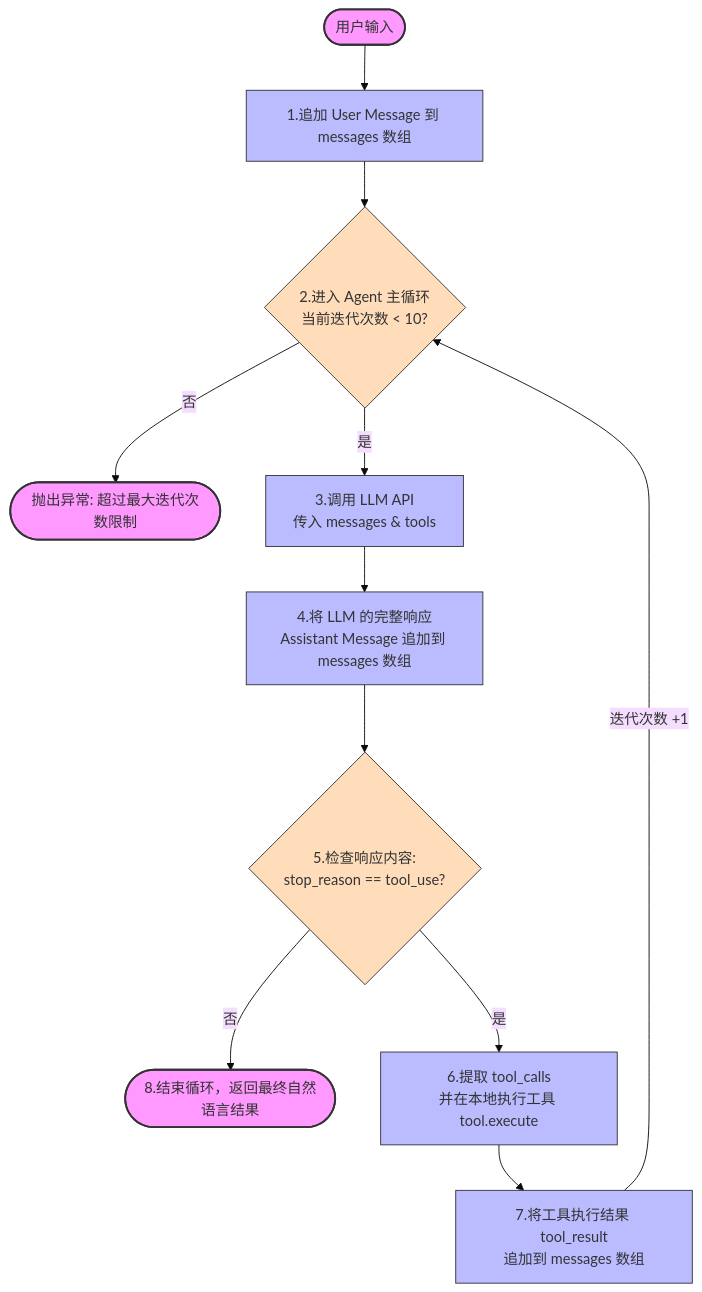
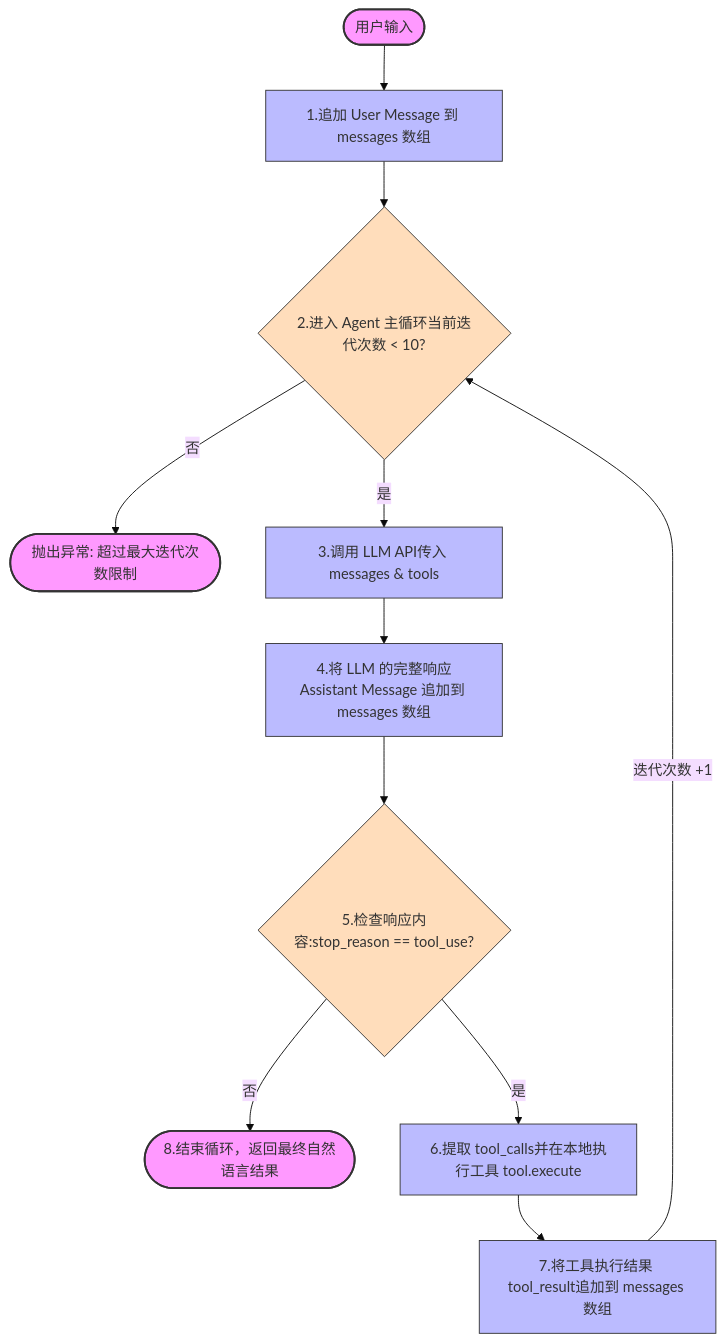
Before and after one commit to wang-junjian/nanoagent: the diagram in README.md, drawn with Mermaid (base theme).

Commit message:
update agent loop diagram mermaid

````diff
--- a/README.md
+++ b/README.md
@@ -61,29 +61,29 @@
 ```mermaid
 graph TD
     Start([用户输入]) --> Init[1.追加 User Message 到 messages 数组]
-    Init --> LoopStart{2.进入 Agent 主循环<br>当前迭代次数 < 10?}
+    Init --> LoopStart{2.进入 Agent 主循环当前迭代次数 < 10?}
     
     LoopStart -- 否 --> MaxHit([抛出异常: 超过最大迭代次数限制])
-    LoopStart -- 是 --> CallLLM[3.调用 LLM API<br>传入 messages & tools]
+    LoopStart -- 是 --> CallLLM[3.调用 LLM API传入 messages & tools]
     
-    CallLLM --> AppendAssistant[4.将 LLM 的完整响应<br>Assistant Message 追加到 messages 数组]
+    CallLLM --> AppendAssistant[4.将 LLM 的完整响应Assistant Message 追加到 messages 数组]
     
-    AppendAssistant --> CheckTools{5.检查响应内容:<br>stop_reason == tool_use?}
+    AppendAssistant --> CheckTools{5.检查响应内容:stop_reason == tool_use?}
     
     CheckTools -- 否 --> End([8.结束循环，返回最终自然语言结果])
     
-    CheckTools -- 是 --> ExecTools[6.提取 tool_calls<br>并在本地执行工具 tool.execute]
+    CheckTools -- 是 --> ExecTools[6.提取 tool_calls并在本地执行工具 tool.execute]
     
-    ExecTools --> AppendToolResult[7.将工具执行结果 tool_result<br>追加到 messages 数组]
+    ExecTools --> AppendToolResult[7.将工具执行结果 tool_result追加到 messages 数组]
     
     AppendToolResult --> |迭代次数 +1| LoopStart
 
     %% 样式定义 (放到最后通常更稳定)
     classDef startEnd fill:#f9f,stroke:#333,stroke-width:2px;
     classDef process fill:#bbf,stroke:#333,stroke-width:1px;
     classDef condition fill:#fdb,stroke:#333,stroke-width:1px;
 
     class Start,MaxHit,End startEnd;
     class Init,CallLLM,AppendAssistant,ExecTools,AppendToolResult process;
     class LoopStart,CheckTools condition;
 ```
````
